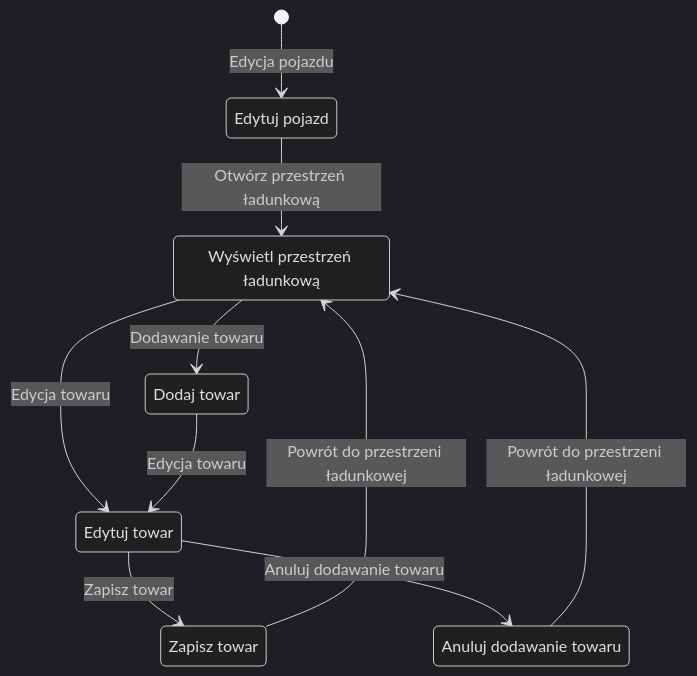
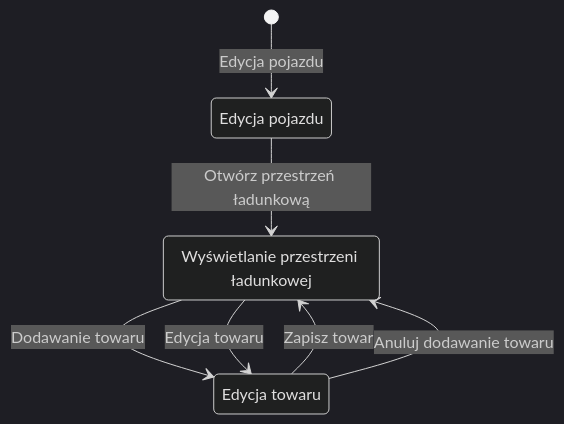
Before and after one commit to Ch3shireDev/WIT-Zajecia: diagram 13 of 13 in semestr-5/Inzynieria oprogramowania/lab/specyfikacja_wymagan_v0_0_7.md, drawn with Mermaid (dark theme). The commit also changed other lines of this file and 9 other files, not shown here.

````diff
--- a/semestr-5/Inzynieria oprogramowania/lab/specyfikacja_wymagan_v0_0_7.md
+++ b/semestr-5/Inzynieria oprogramowania/lab/specyfikacja_wymagan_v0_0_7.md
@@ -559,19 +768,13 @@
 ```mermaid
 stateDiagram-v2
-edit_vehicle: Edytuj pojazd
-add_item: Dodaj towar
-edit_item: Edytuj towar
-save_item: Zapisz towar
-cancel_item: Anuluj dodawanie towaru
-show_storage: Wyświetl przestrzeń ładunkową
+edit_vehicle: Edycja pojazdu
+edit_item: Edycja towaru
+show_storage: Wyświetlanie przestrzeni ładunkowej
 
 [*] --> edit_vehicle: Edycja pojazdu
 edit_vehicle --> show_storage: Otwórz przestrzeń ładunkową
-show_storage --> add_item: Dodawanie towaru
+show_storage --> edit_item: Dodawanie towaru
 show_storage --> edit_item: Edycja towaru
-add_item --> edit_item: Edycja towaru
-edit_item --> save_item: Zapisz towar
-save_item --> show_storage: Powrót do przestrzeni ładunkowej
-edit_item --> cancel_item: Anuluj dodawanie towaru
-cancel_item --> show_storage: Powrót do przestrzeni ładunkowej
+edit_item --> show_storage: Zapisz towar
+edit_item --> show_storage: Anuluj dodawanie towaru
 ```
````
